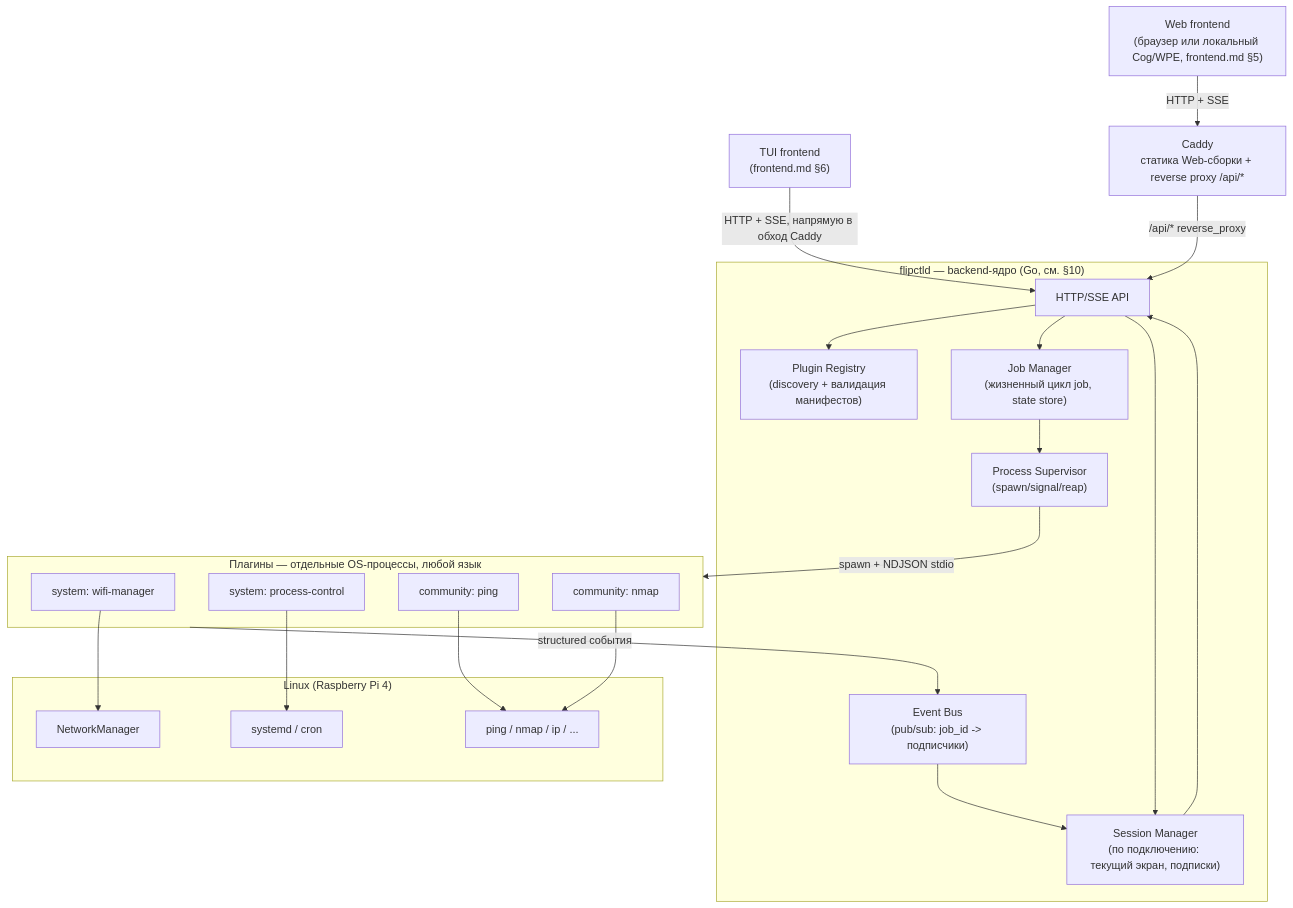
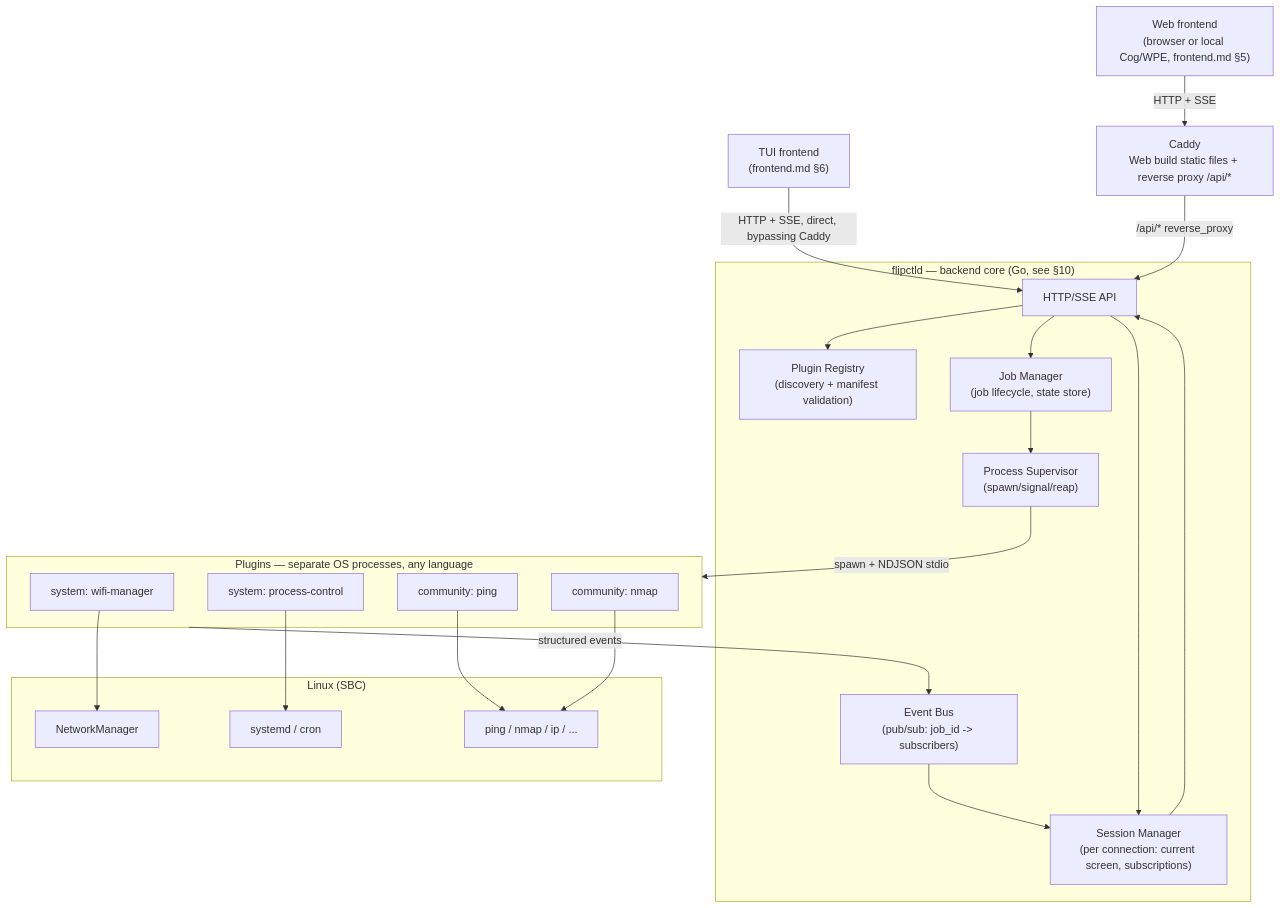
The second of 5 diagrams in backend.md (Atarity/flipctl), drawn with Mermaid before and after one commit. The commit also changed other lines of this file and 12 other files, not shown here.

````diff
--- a/backend.md
+++ b/backend.md
@@ -39,47 +75,47 @@
 ```mermaid
 flowchart TB
-    WEB["Web frontend\n(браузер или локальный Cog/WPE, frontend.md §5)"]
+    WEB["Web frontend\n(browser or local Cog/WPE, frontend.md §5)"]
     TUI["TUI frontend\n(frontend.md §6)"]
 
-    CADDY["Caddy\nстатика Web-сборки + reverse proxy /api/*"]
+    CADDY["Caddy\nWeb build static files + reverse proxy /api/*"]
 
-    subgraph CORE["flipctld — backend-ядро (Go, см. §10)"]
+    subgraph CORE["flipctld — backend core (Go, see §10)"]
         API["HTTP/SSE API"]
-        REG["Plugin Registry\n(discovery + валидация манифестов)"]
+        REG["Plugin Registry\n(discovery + manifest validation)"]
         SUP["Process Supervisor\n(spawn/signal/reap)"]
-        JM["Job Manager\n(жизненный цикл job, state store)"]
-        BUS["Event Bus\n(pub/sub: job_id -> подписчики)"]
-        SESS["Session Manager\n(по подключению: текущий экран, подписки)"]
+        JM["Job Manager\n(job lifecycle, state store)"]
+        BUS["Event Bus\n(pub/sub: job_id -> subscribers)"]
+        SESS["Session Manager\n(per connection: current screen, subscriptions)"]
     end
 
-    subgraph PLUGINS["Плагины — отдельные OS-процессы, любой язык"]
+    subgraph PLUGINS["Plugins — separate OS processes, any language"]
         P1["system: wifi-manager"]
         P2["system: process-control"]
         P3["community: ping"]
         P4["community: nmap"]
     end
 
-    subgraph OS["Linux (Raspberry Pi 4)"]
+    subgraph OS["Linux (SBC)"]
         NM["NetworkManager"]
         SYSTEMD["systemd / cron"]
         UTILS["ping / nmap / ip / ..."]
     end
 
     WEB -->|"HTTP + SSE"| CADDY
     CADDY -->|"/api/* reverse_proxy"| API
-    TUI -->|"HTTP + SSE, напрямую в обход Caddy"| API
+    TUI -->|"HTTP + SSE, direct, bypassing Caddy"| API
 
     API --> REG
     API --> JM
     API --> SESS
     JM --> SUP
     SUP -->|"spawn + NDJSON stdio"| PLUGINS
-    PLUGINS -->|"structured события"| BUS
+    PLUGINS -->|"structured events"| BUS
     BUS --> SESS
     SESS --> API
 
     P1 --> NM
     P2 --> SYSTEMD
     P3 --> UTILS
     P4 --> UTILS
 ```
````
